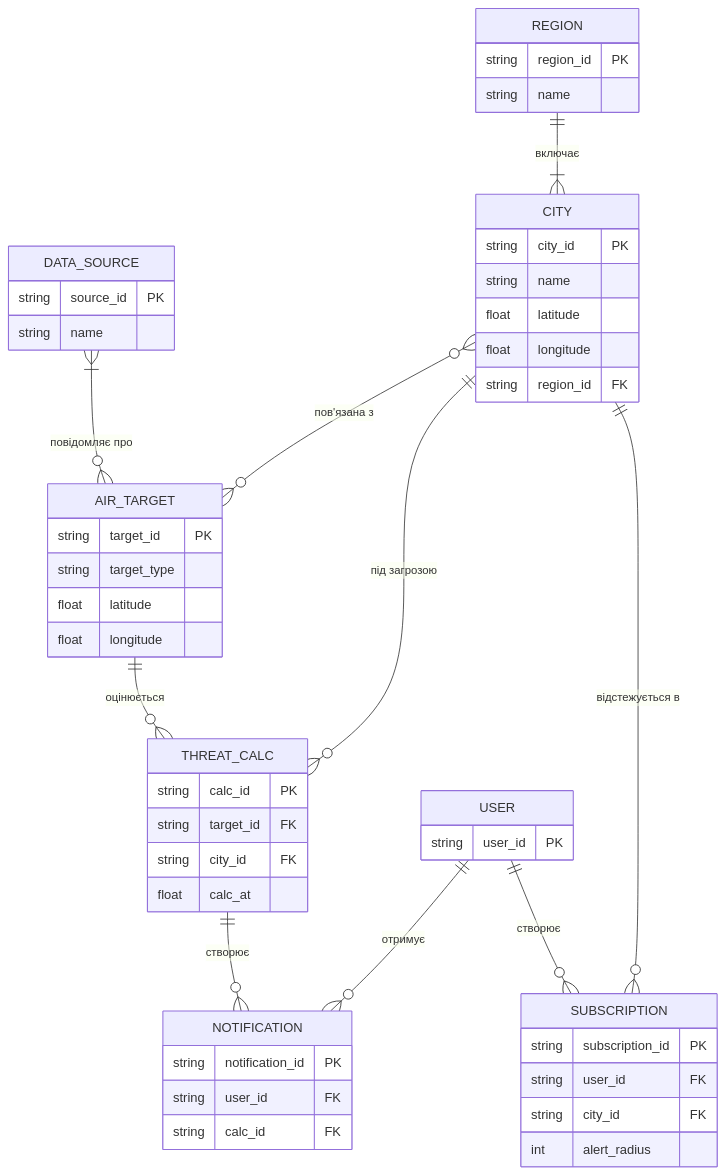
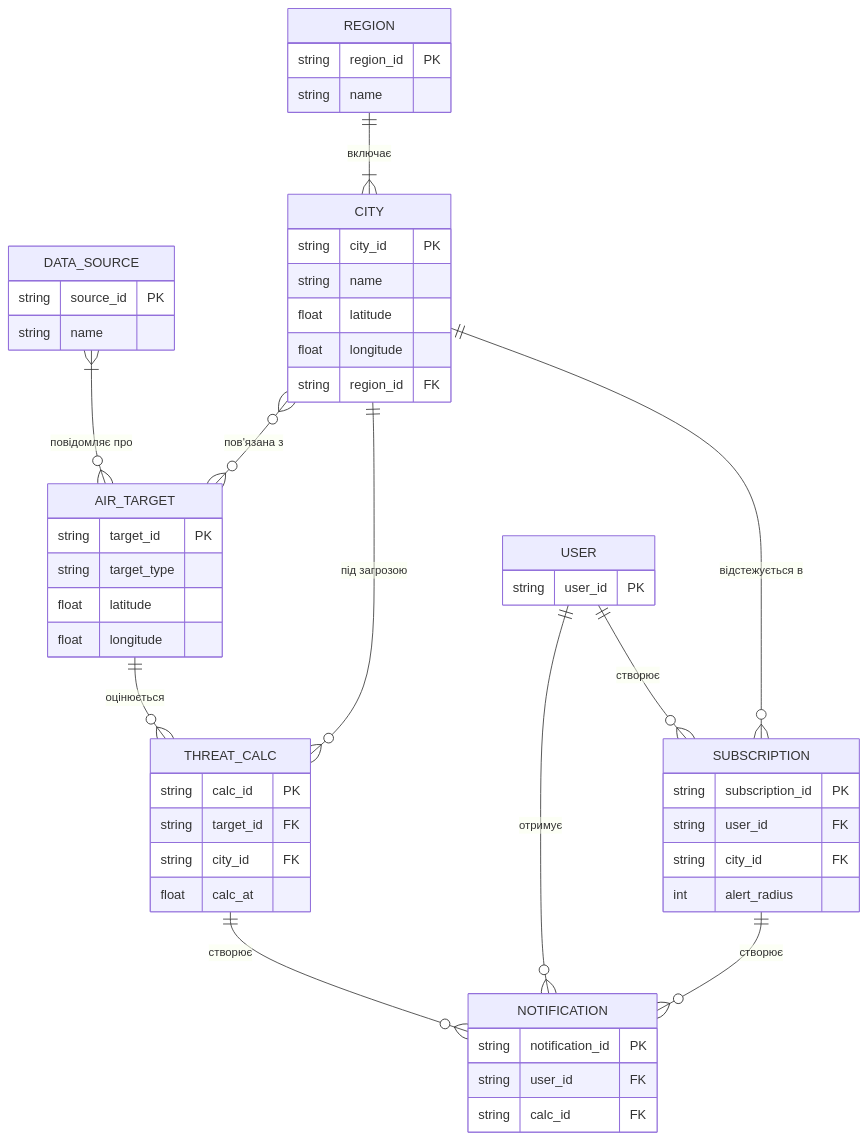
The diagram in lab1/model.mmd (acabzonbi/aerial-target-track1), drawn with Mermaid before and after one commit. The commit also changed 1 other file, not shown here.

Commit message:
зв'язок SUBSCRIPTION - NOTIFICATION

```diff
--- a/lab1/model.mmd
+++ b/lab1/model.mmd
@@ -1,60 +1,61 @@
 erDiagram
     REGION ||--|{ CITY : "включає"
     USER ||--o{ SUBSCRIPTION : "створює"
     DATA_SOURCE }|--o{ AIR_TARGET : "повідомляє про"
     CITY }o--o{ AIR_TARGET : "пов'язана з"
     AIR_TARGET ||--o{ THREAT_CALC : "оцінюється"
     THREAT_CALC ||--o{ NOTIFICATION : "створює"
     USER ||--o{ NOTIFICATION : "отримує"
-
+    SUBSCRIPTION ||--o{ NOTIFICATION : "створює"
+    
     CITY ||--o{ SUBSCRIPTION : "відстежується в"
     CITY ||--o{ THREAT_CALC : "під загрозою"
 
     REGION {
         string region_id PK
         string name
     }
 
     CITY {
         string city_id PK
         string name
         float latitude
         float longitude
         string region_id FK
     }
 
     USER {
         string user_id PK
     }
 
     SUBSCRIPTION {
         string subscription_id PK
         string user_id FK
         string city_id FK
         int alert_radius
     }
 
     AIR_TARGET {
         string target_id PK
         string target_type
         float latitude
         float longitude
     }
 
     DATA_SOURCE {
         string source_id PK
         string name
     }
 
     THREAT_CALC {
         string calc_id PK
         string target_id FK
         string city_id FK
         float calc_at
     }
 
     NOTIFICATION {
         string notification_id PK
         string user_id FK
         string calc_id FK
     }
```
